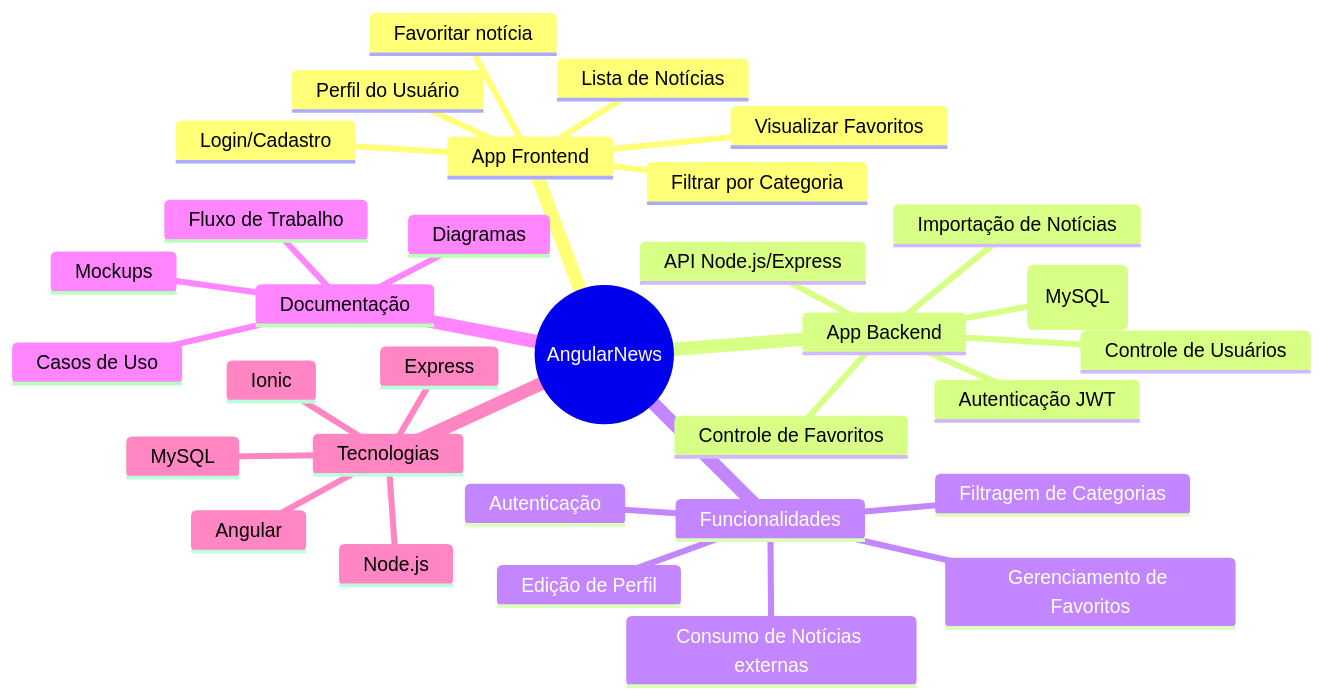
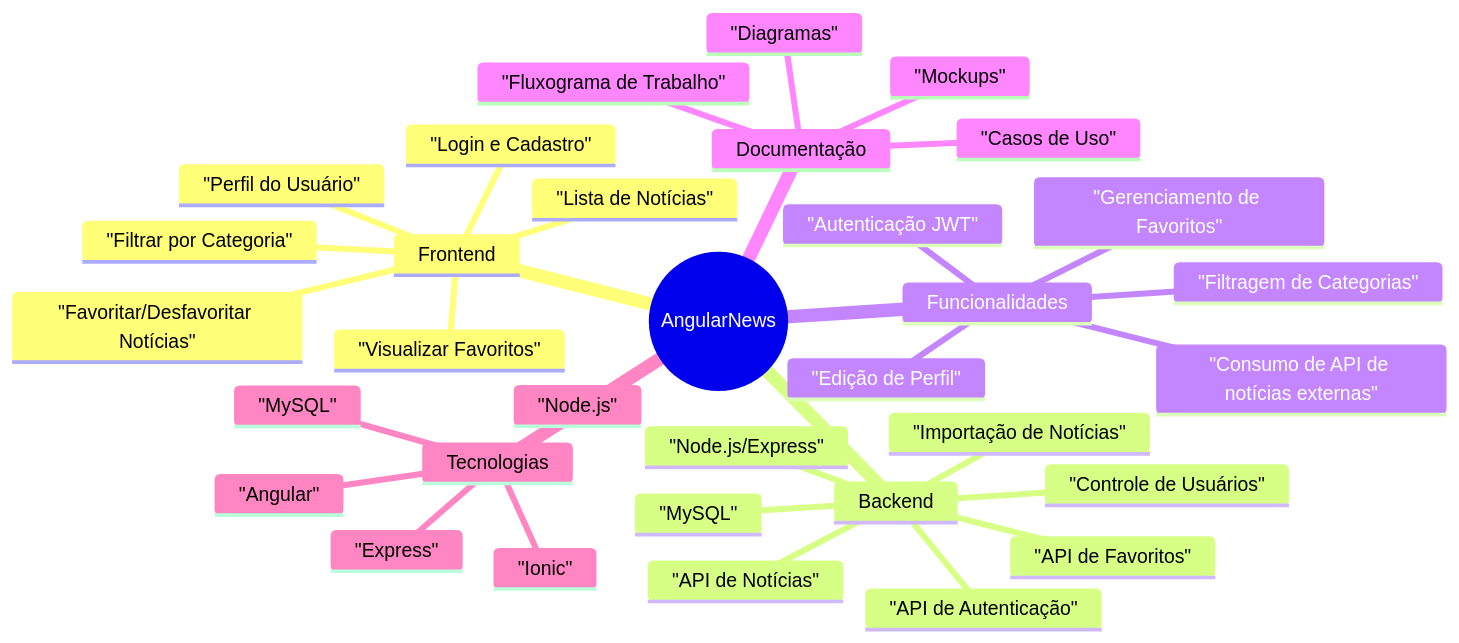
Before and after one commit to AyrtonF/AngularNews: the first of 3 diagrams in README.md, drawn with Mermaid. The commit also changed other lines of this file, not shown here.

````diff
--- a/README.md
+++ b/README.md
@@ -27,35 +27,36 @@
 ```mermaid
 mindmap
   root((AngularNews))
-    App Frontend
-      Login/Cadastro
-      Lista de Notícias
-      Filtrar por Categoria
-      Favoritar notícia
-      Visualizar Favoritos
-      Perfil do Usuário
-    App Backend
-      API Node.js/Express
-      Banco de Dados (MySQL)
-      Controle de Usuários
-      Controle de Favoritos
-      Importação de Notícias
-      Autenticação JWT
+    Frontend
+      "Login e Cadastro"
+      "Lista de Notícias"
+      "Filtrar por Categoria"
+      "Favoritar/Desfavoritar Notícias"
+      "Visualizar Favoritos"
+      "Perfil do Usuário"
+    Backend
+      "Node.js/Express"
+      "MySQL"
+      "API de Autenticação"
+      "API de Notícias"
+      "API de Favoritos"
+      "Controle de Usuários"
+      "Importação de Notícias"
     Funcionalidades
-      Autenticação
-      Consumo de Notícias externas
-      Gerenciamento de Favoritos
-      Filtragem de Categorias
-      Edição de Perfil
+      "Autenticação JWT"
+      "Consumo de API de notícias externas"
+      "Gerenciamento de Favoritos"
+      "Filtragem de Categorias"
+      "Edição de Perfil"
     Documentação
-      Casos de Uso
-      Diagramas
-      Mockups
-      Fluxo de Trabalho
+      "Casos de Uso"
+      "Diagramas"
+      "Mockups"
+      "Fluxograma de Trabalho"
     Tecnologias
-      Angular
-      Ionic
-      Node.js
-      Express
-      MySQL
+      "Angular"
+      "Ionic"
+      "Node.js"
+      "Express"
+      "MySQL"
 ```
````
